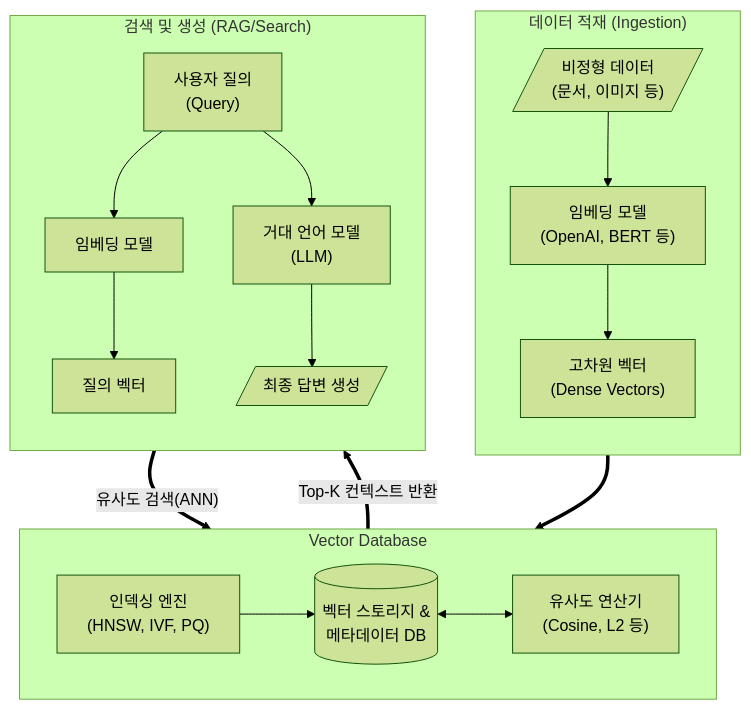
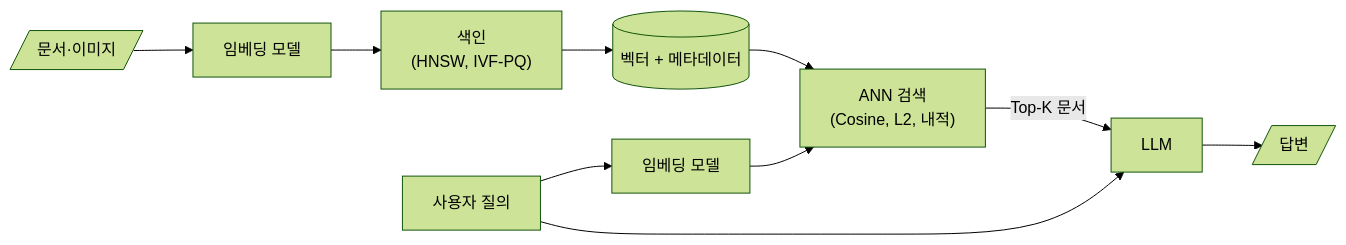
Before and after one commit to supremethumb/supremethumb.github.io: the diagram in content/01_IT Tech/벡터 데이터베이스.md, drawn with Mermaid (forest theme). The commit also changed other lines of this file and 1087 other files, not shown here.

````diff
--- a/content/01_IT Tech/벡터 데이터베이스.md
+++ b/content/01_IT Tech/벡터 데이터베이스.md
@@ -28,39 +36,10 @@
 ```mermaid
-flowchart TB
-    subgraph Data_Ingestion["데이터 적재 (Ingestion)"]
-        direction TB
-        RawData[/"비정형 데이터<br/>(문서, 이미지 등)"/]
-        EmbedModel_Ingest["임베딩 모델<br/>(OpenAI, BERT 등)"]
-        VectorData["고차원 벡터<br/>(Dense Vectors)"]
-        
-        RawData --> EmbedModel_Ingest --> VectorData
-    end
-
-    subgraph Vector_DB["Vector Database"]
-        direction LR
-        IndexEngine["인덱싱 엔진<br/>(HNSW, IVF, PQ)"]
-        Storage[("벡터 스토리지 &<br/>메타데이터 DB")]
-        SimCalc["유사도 연산기<br/>(Cosine, L2 등)"]
-        
-        IndexEngine --> Storage
-        Storage <--> SimCalc
-    end
-
-    subgraph Search_Generation["검색 및 생성 (RAG/Search)"]
-        direction TB
-        UserQuery["사용자 질의<br/>(Query)"]
-        EmbedModel_Query["임베딩 모델"]
-        QueryVector["질의 벡터"]
-        LLM["거대 언어 모델<br/>(LLM)"]
-        Result[/"최종 답변 생성"/]
-        
-        UserQuery --> EmbedModel_Query --> QueryVector
-    end
-
-    VectorData ==> IndexEngine
-    QueryVector == "유사도 검색(ANN)" ==> SimCalc
-    SimCalc == "Top-K 컨텍스트 반환" ==> LLM
-    UserQuery --> LLM
-    LLM --> Result
-
+flowchart LR
+    DOC[/"문서·이미지"/] --> EM1["임베딩 모델"] --> IDX["색인<br/>(HNSW, IVF-PQ)"]
+    IDX --> ST[("벡터 + 메타데이터")]
+    Q["사용자 질의"] --> EM2["임베딩 모델"] --> SR["ANN 검색<br/>(Cosine, L2, 내적)"]
+    ST --> SR
+    SR -- "Top-K 문서" --> LLM["LLM"]
+    Q --> LLM
+    LLM --> A[/"답변"/]
 ```
````
